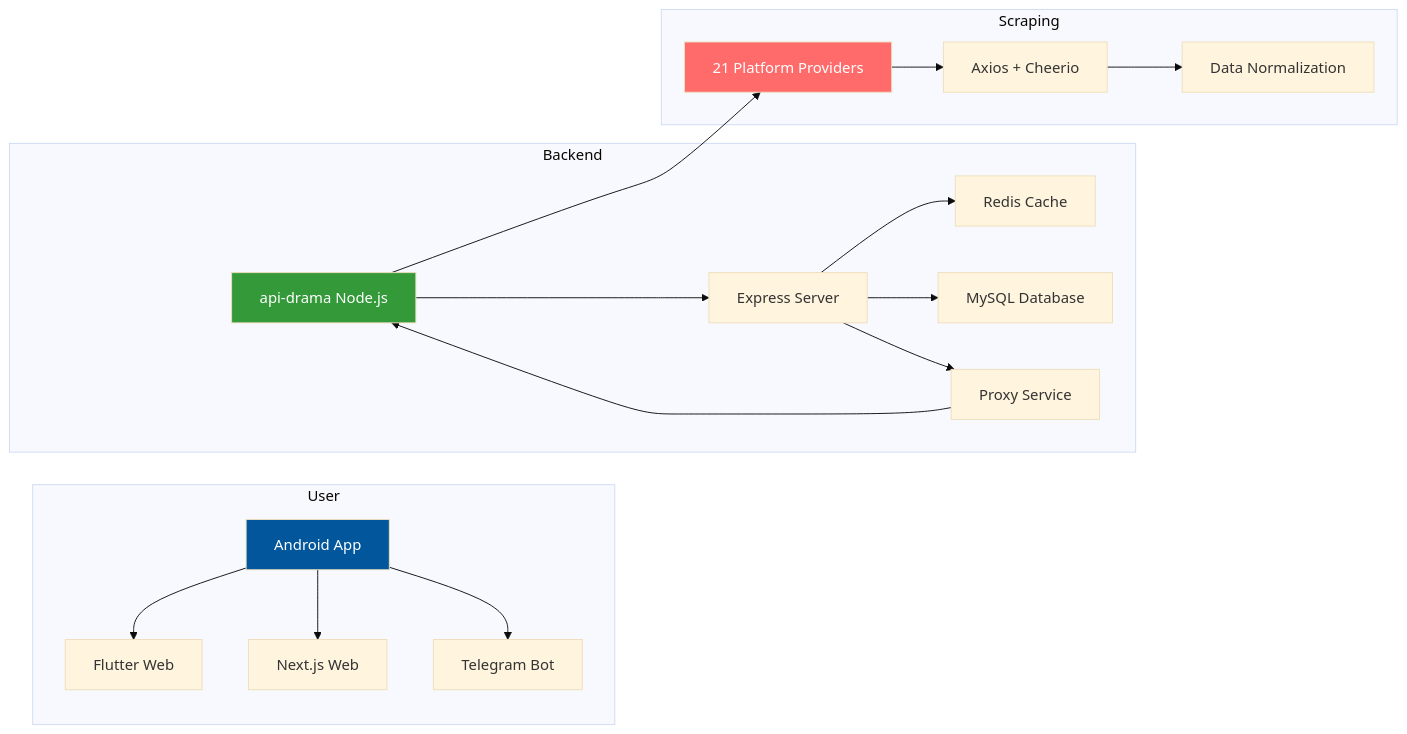
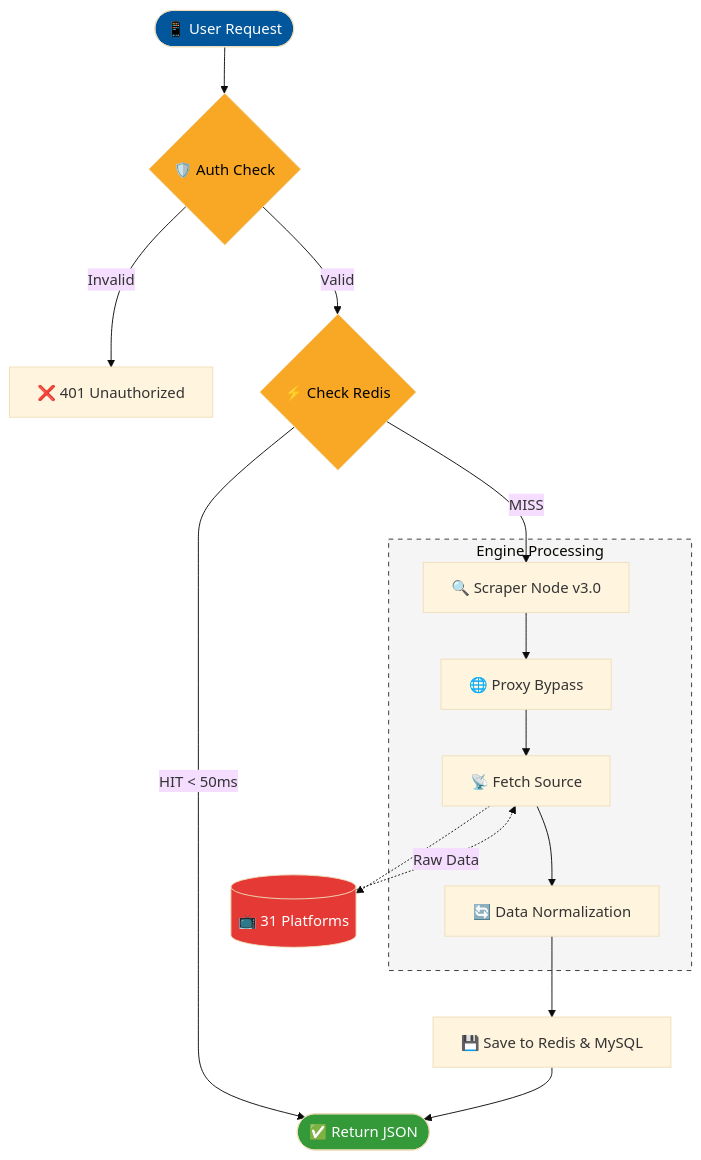
The diagram in README.md (irwanx/quickplay-download), drawn with Mermaid (base theme) before and after one commit. The commit also changed other lines of this file and 1 other file, not shown here.

Commit message:
Update README with 31 platforms, FAQ, requirements, and logo

````diff
--- a/README.md
+++ b/README.md
@@ -19,27 +21,36 @@
 ```mermaid
-graph LR
-    subgraph User
-        A[Android App] --> B[Flutter Web]
-        A --> C[Next.js Web]
-        A --> D[Telegram Bot]
+graph TD
+    %% Entry Point
+    Start([📱 User Request]) --> Auth{🛡️ Auth Check}
+    
+    %% Security Logic
+    Auth -- Invalid --> Deny[❌ 401 Unauthorized]
+    Auth -- Valid --> CacheCheck{⚡ Check Redis}
+
+    %% Cache Logic
+    CacheCheck -- HIT < 50ms --> Response([✅ Return JSON])
+    CacheCheck -- MISS --> ScraperNode[🔍 Scraper Node v3.0]
+
+    %% Scraping Logic
+    subgraph Scraping_Process [Engine Processing]
+        ScraperNode --> Proxy[🌐 Proxy Bypass]
+        Proxy --> Fetch[📡 Fetch Source]
+        Fetch --> Norm[🔄 Data Normalization]
     end
-    
-    subgraph Backend
-        E[api-drama Node.js] --> F[Express Server]
-        F --> G[Redis Cache]
-        F --> H[MySQL Database]
-        F --> I[Proxy Service]
-    end
-    
-    subgraph Scraping
-        J[21 Platform Providers] --> K[Axios + Cheerio]
-        K --> L[Data Normalization]
-    end
-    
-    E --> J
-    I --> E
-    
-    style A fill:#02569B,color:#fff
-    style E fill:#339939,color:#fff
-    style J fill:#FF6B6B,color:#fff
+
+    %% Storage & Return
+    Norm --> SaveCache[💾 Save to Redis & MySQL]
+    SaveCache --> Response
+
+    %% External Sources
+    Fetch -.-> Sources[(📺 31 Platforms)]
+    Sources -.->|Raw Data| Fetch
+
+    %% Styling
+    style Start fill:#02569B,color:#fff
+    style Response fill:#339939,color:#fff
+    style Auth fill:#f9a825,color:#000
+    style CacheCheck fill:#f9a825,color:#000
+    style Sources fill:#e53935,color:#fff
+    style Scraping_Process fill:#f5f5f5,stroke:#333,stroke-dasharray: 5 5
 ```
````
